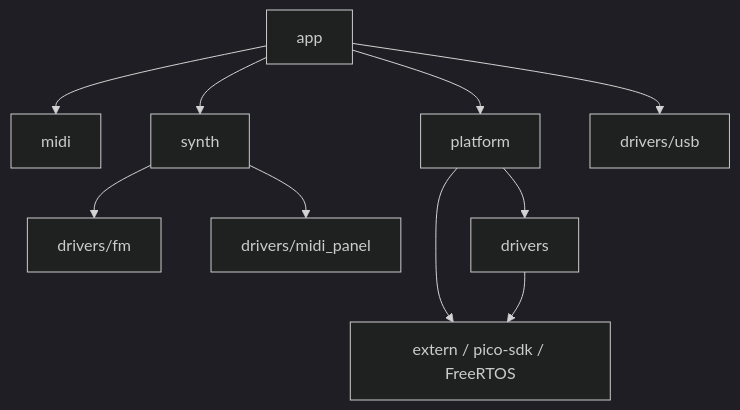
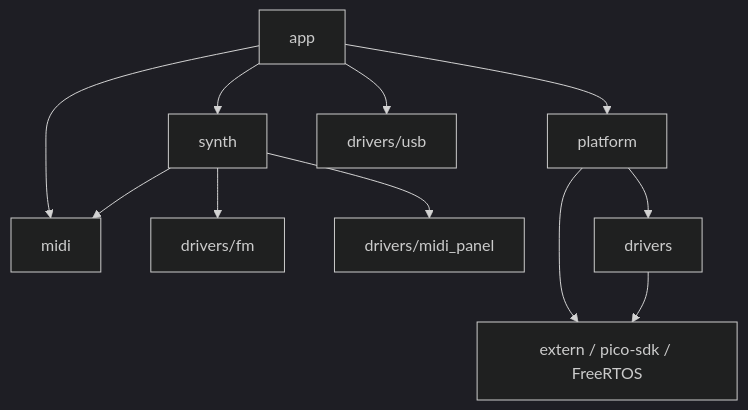
One commit to 46nori/FMSynthEnsembleV3 changed the diagram in doc/architecture.md. Above: the diagram before and after it, drawn with Mermaid (dark theme). The commit also changed other lines of this file and 30 other files, not shown here.

````diff
--- a/doc/architecture.md
+++ b/doc/architecture.md
@@ -272,12 +275,13 @@
 ```mermaid
 flowchart TD
     app["app"] --> midi["midi"]
     app --> synth["synth"]
     app --> platform["platform"]
     app --> usb["drivers/usb"]
+    synth --> midi
     synth --> fm["drivers/fm"]
     synth --> panel["drivers/midi_panel"]
     platform --> drivers["drivers"]
     platform --> ext["extern / pico-sdk / FreeRTOS"]
     drivers --> ext
 ```
````
